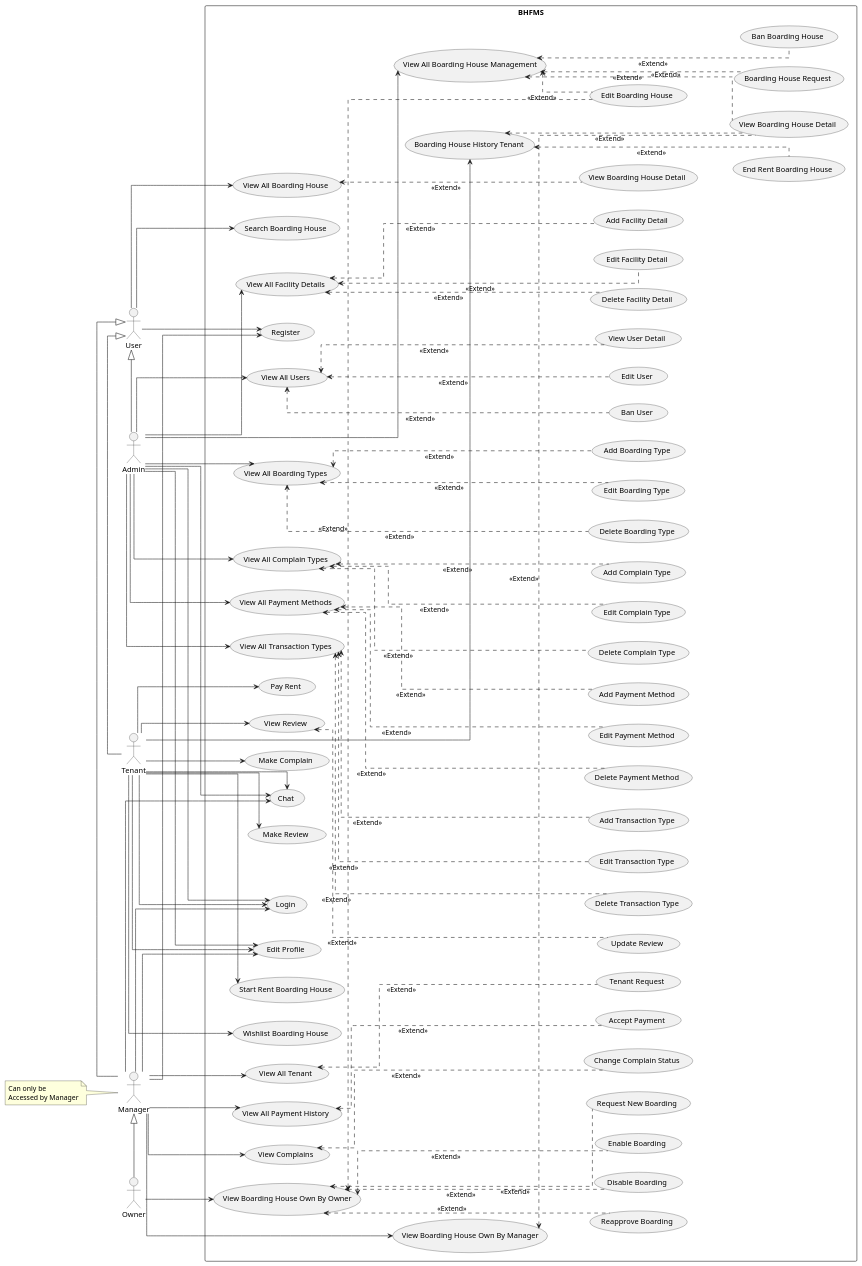
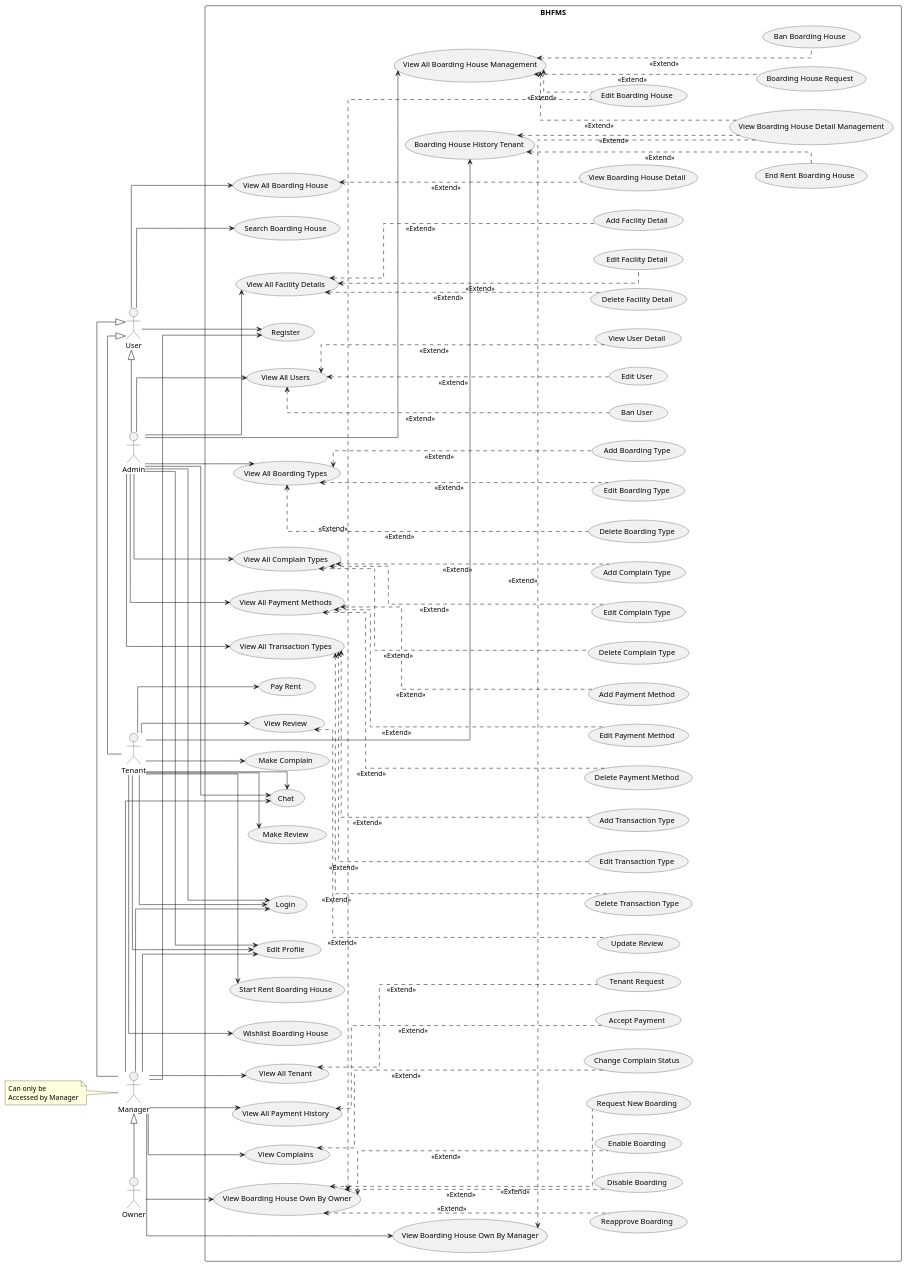
Before and after one commit to AntWort21/BHFMS: the diagram in Design/BHFMS_USE_Case.puml, drawn with PlantUML. The commit also changed 8 other files, not shown here.

Commit message:
Change Boarding View in Admin & in Homepage to seperate Use Case

```diff
--- a/Design/BHFMS_USE_Case.puml
+++ b/Design/BHFMS_USE_Case.puml
@@ -1,190 +1,190 @@
 @startuml
 left to right direction
 skinparam linetype ortho
 
 rectangle BHFMS {
     ' General'
     usecase (Chat) as cht
     usecase (Login) as lgn
     usecase (Register) as rgs
     usecase (Edit Profile) as edt_profile
 
     ' Manager'
     usecase (View Complains) as view_cmpln
     usecase (Change Complain Status) as chng_cmpln
     usecase (View All Tenant) as view_tenant
     usecase (Tenant Request) as accept_tenant
     usecase (View Boarding House Own By Manager) as view_bh_own_mng
 
     ' Boarding House Owner'
     usecase (Request New Boarding) as req_bh
     usecase (Reapprove Boarding) as reapv_bh
     usecase (Disable Boarding) as dis_bh
     usecase (Enable Boarding) as enb_bh
     usecase (Edit Boarding House) as edit_bh
     usecase (View Boarding House Own By Owner) as view_bh_own_own
 
     ' Tenant'
     usecase (Start Rent Boarding House) as rent_bh
     usecase (End Rent Boarding House) as end_rent_bh
     usecase (Wishlist Boarding House) as wish_bh
     usecase (Search Boarding House) as search_bh
     usecase (Pay Rent) as rpymnt
     usecase (Make Complain) as cmpln
     usecase (Make Review) as mk_rvw
     usecase (View Review) as vw_rvw
     usecase (Update Review) as update_rvw
     usecase (View All Boarding House) as show_bh_all
     usecase (View Boarding House Detail) as show_bh_detail
     usecase (Boarding House History Tenant) as view_bh_tenant
 
 
     ' Supervisor / Admin'
     usecase (View All Boarding House Management) as show_bh_admin
     usecase (Ban Boarding House) as del_bh_admin
     usecase (Boarding House Request) as aprv_bh_admin
-    usecase (View Boarding House Detail) as view_bh
+    usecase (View Boarding House Detail Management) as view_bh
 
     usecase (View All Facility Details) as show_fcl_admin 
     usecase (Delete Facility Detail) as del_fcl_admin
     usecase (Edit Facility Detail) as edit_fcl_admin
     usecase (Add Facility Detail) as aprv_fcl_admin
     
     usecase (View All Users) as show_user_admin 
     usecase (Ban User) as del_user_admin
     usecase (Edit User) as edit_user_admin
     usecase (View User Detail) as view_user_admin
 
     usecase (View All Boarding Types) as show_btyp_admin 
     usecase (Delete Boarding Type) as del_btyp_admin
     usecase (Edit Boarding Type) as edit_btyp_admin
     usecase (Add Boarding Type) as aprv_btyp_admin
 
     usecase (View All Complain Types) as show_ctyp_admin 
     usecase (Delete Complain Type) as del_ctyp_admin
     usecase (Edit Complain Type) as edit_ctyp_admin
     usecase (Add Complain Type) as aprv_ctyp_admin
 
     usecase (View All Payment Methods) as show_pymtd_admin 
     usecase (Delete Payment Method) as del_pymtd_admin
     usecase (Edit Payment Method) as edit_pymtd_admin
     usecase (Add Payment Method) as aprv_pymtd_admin
 
     usecase (View All Transaction Types) as show_ttyp_admin 
     usecase (Delete Transaction Type) as del_ttyp_admin
     usecase (Edit Transaction Type) as edit_ttyp_admin
     usecase (Add Transaction Type) as aprv_ttyp_admin
     
     usecase (View All Payment History) as view_payment
     usecase (Accept Payment) as accpt_payment
 }
 
 actor :Owner: as own
 actor :User: as user
 actor :Tenant: as tenant
 actor :Admin: as adm
 actor :Manager: as mngr
 
 
 adm ---> edt_profile
 tenant ---> edt_profile
 mngr ---> edt_profile
 
 mngr ---> view_payment
 view_payment <... accpt_payment: <<Extend>>
 
 user <|-right- mngr
 mngr <|-right- own
 user <|-right- tenant
 user <|-right- adm
 
 
 
 
 adm ---> lgn
 tenant ---> lgn
 mngr ---> lgn
 
 adm ---> cht
 tenant ---> cht
 mngr ---> cht
 
 user ---> rgs
 mngr ---> rgs
 
 adm ---> show_bh_admin
 adm ---> show_fcl_admin
 
 tenant ---> rpymnt
 tenant ---> rent_bh
 tenant ---> cmpln
 tenant ---> mk_rvw
 tenant ---> vw_rvw
 tenant ---> wish_bh
 tenant ---> view_bh_tenant
 view_bh_tenant <... view_bh: <<Extend>>
 view_bh_tenant <... end_rent_bh: <<Extend>>
 
 user ---> show_bh_all
 user ---> search_bh
 
 vw_rvw <... update_rvw: <<Extend>>
 show_bh_all <... show_bh_detail: <<Extend>>
 
 
 
 view_cmpln <... chng_cmpln: <<Extend>>
 view_bh_own_own <... edit_bh: <<Extend>>
 show_bh_admin <.. edit_bh: <<Extend>>
 own ---> view_bh_own_own
 view_bh_own_own <... req_bh: <<Extend>>
 view_bh_own_own <... reapv_bh: <<Extend>>
 view_bh_own_own <... dis_bh: <<Extend>>
 view_bh_own_own <... enb_bh: <<Extend>>
 
 show_bh_admin <... del_bh_admin: <<Extend>>
 
 show_bh_admin <... aprv_bh_admin: <<Extend>>
 show_bh_admin <... view_bh: <<Extend>>
 
 show_fcl_admin <... del_fcl_admin: <<Extend>>
 show_fcl_admin <... edit_fcl_admin: <<Extend>>
 show_fcl_admin <... aprv_fcl_admin: <<Extend>>
 
 adm ---> show_user_admin
 show_user_admin <... del_user_admin: <<Extend>>
 show_user_admin <... edit_user_admin: <<Extend>>
 show_user_admin <... view_user_admin: <<Extend>>
 
 adm ---> show_btyp_admin
 show_btyp_admin <... del_btyp_admin: <<Extend>>
 show_btyp_admin <... edit_btyp_admin: <<Extend>>
 show_btyp_admin <... aprv_btyp_admin: <<Extend>>
 
 adm ---> show_ctyp_admin
 show_ctyp_admin <... del_ctyp_admin: <<Extend>>
 show_ctyp_admin <... edit_ctyp_admin: <<Extend>>
 show_ctyp_admin <... aprv_ctyp_admin: <<Extend>>
 
 adm ---> show_pymtd_admin
 show_pymtd_admin <... del_pymtd_admin: <<Extend>>
 show_pymtd_admin <... edit_pymtd_admin: <<Extend>>
 show_pymtd_admin <... aprv_pymtd_admin: <<Extend>>
 
 adm ---> show_ttyp_admin
 show_ttyp_admin <... del_ttyp_admin: <<Extend>>
 show_ttyp_admin <... edit_ttyp_admin: <<Extend>>
 show_ttyp_admin <... aprv_ttyp_admin: <<Extend>>
 
 mngr -->view_tenant
 mngr --> view_cmpln
 mngr --> view_bh_own_mng
 note left
 Can only be 
 Accessed by Manager
 end note
 view_bh_own_mng <... view_bh: <<Extend>>
 
 
 view_tenant <...  accept_tenant: <<Extend>>
 @enduml
```
